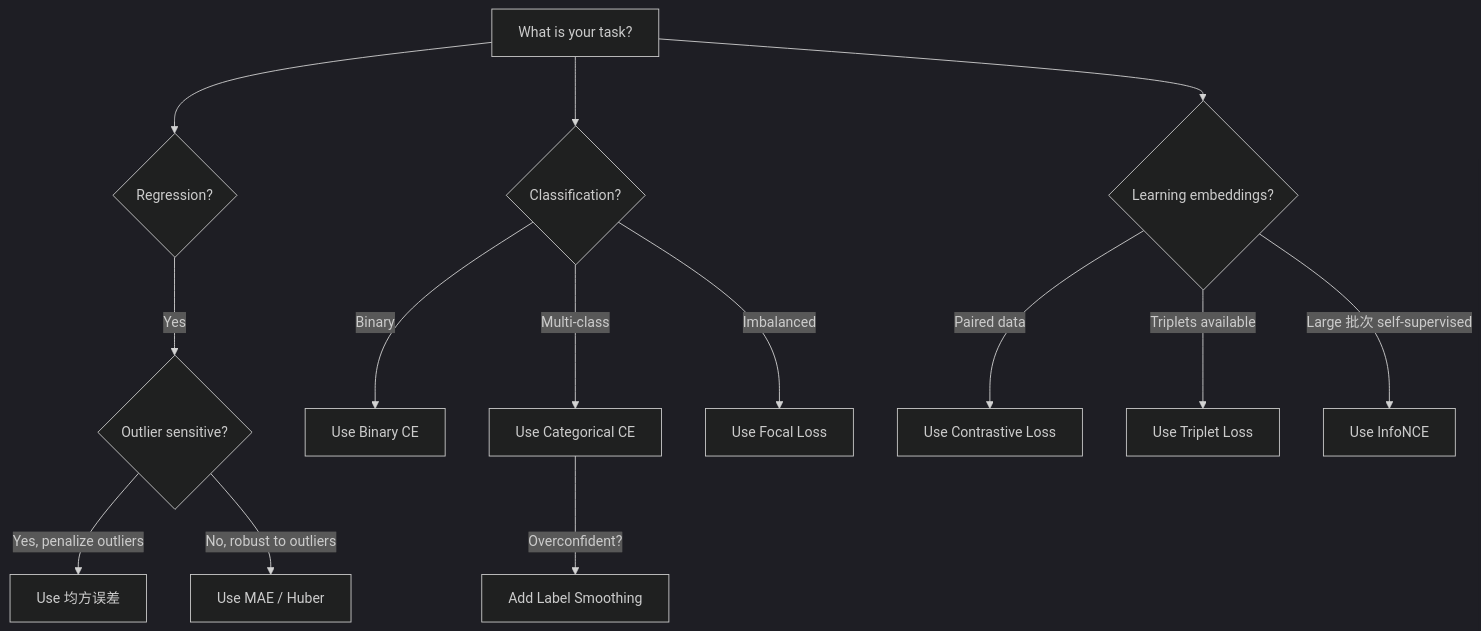
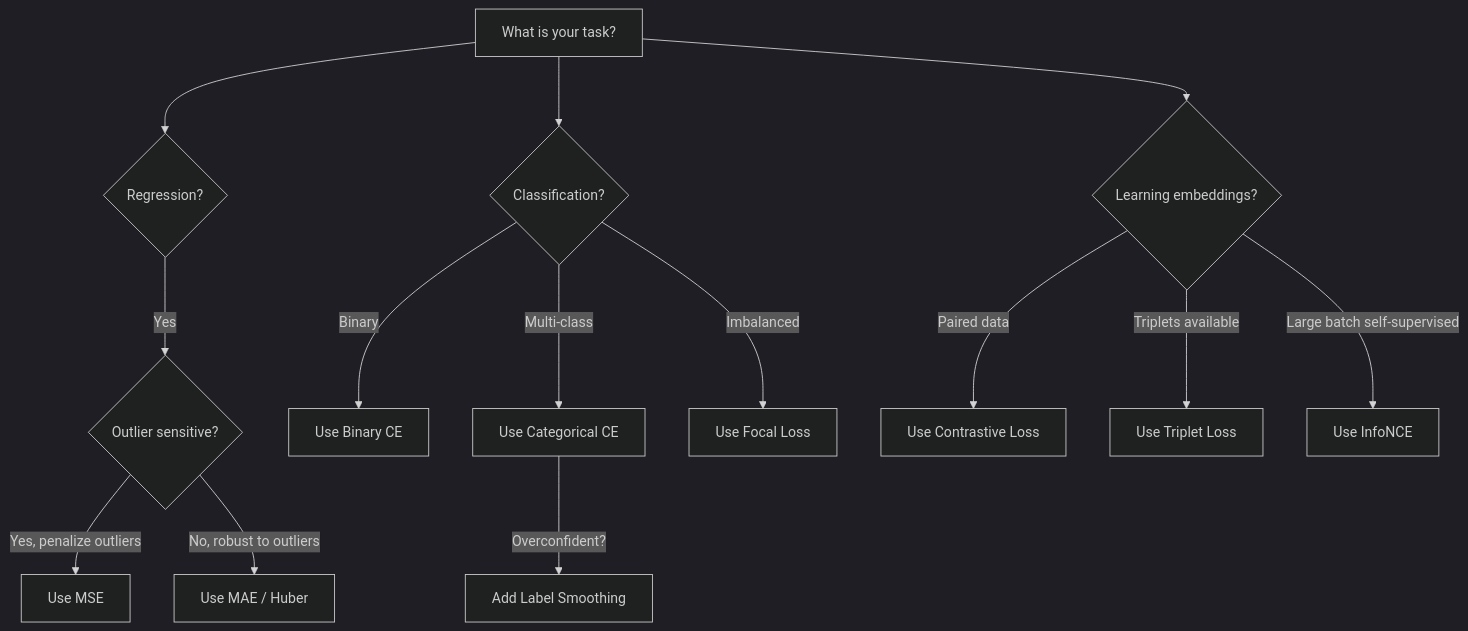
Before and after one commit to arwei944/ai-engineering-from-scratch: the second of 3 diagrams in phases/03-deep-learning-core/05-loss-functions/docs/zh.md, drawn with Mermaid (dark theme). The commit also changed other lines of this file and 65 other files, not shown here.

````diff
--- a/phases/03-deep-learning-core/05-loss-functions/docs/zh.md
+++ b/phases/03-deep-learning-core/05-loss-functions/docs/zh.md
@@ -156,19 +156,19 @@
 ```mermaid
 flowchart TD
     Start["What is your task?"] --> Reg{"Regression?"}
     Start --> Cls{"Classification?"}
     Start --> Emb{"Learning embeddings?"}
 
     Reg -->|"Yes"| Outliers{"Outlier sensitive?"}
-    Outliers -->|"Yes, penalize outliers"| 均方误差["Use 均方误差"]
+    Outliers -->|"Yes, penalize outliers"| MSE["Use MSE"]
     Outliers -->|"No, robust to outliers"| MAE["Use MAE / Huber"]
 
     Cls -->|"Binary"| BCE["Use Binary CE"]
     Cls -->|"Multi-class"| CCE["Use Categorical CE"]
     Cls -->|"Imbalanced"| FL["Use Focal Loss"]
     CCE -->|"Overconfident?"| LS["Add Label Smoothing"]
 
     Emb -->|"Paired data"| CL["Use Contrastive Loss"]
     Emb -->|"Triplets available"| TL["Use Triplet Loss"]
-    Emb -->|"Large 批次 self-supervised"| NCE["Use InfoNCE"]
+    Emb -->|"Large batch self-supervised"| NCE["Use InfoNCE"]
 ```
````
